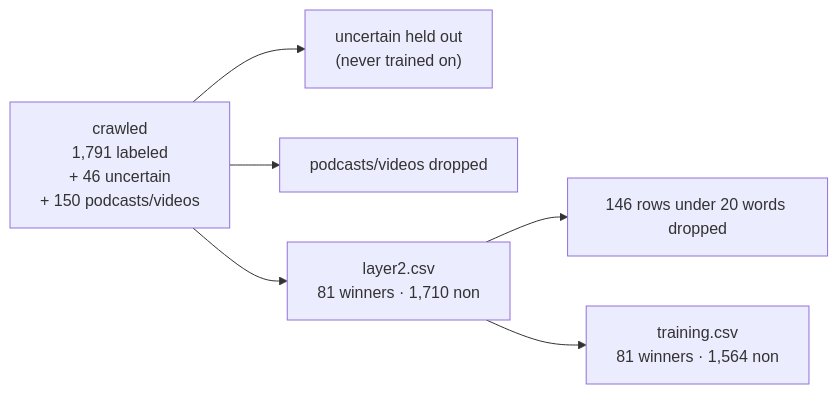
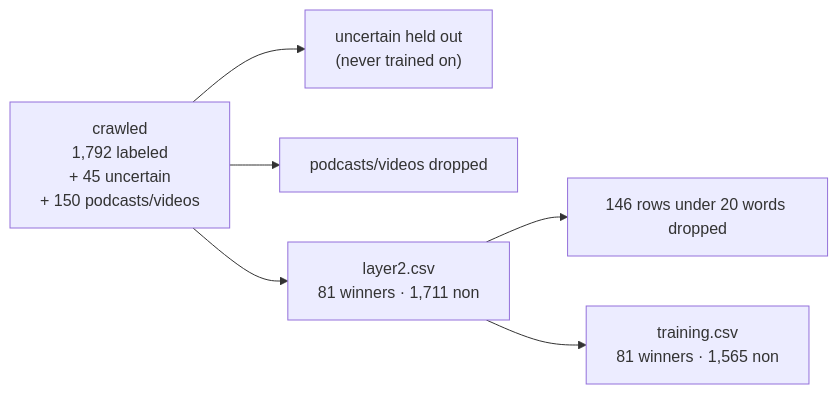
The fifth of 6 diagrams in README.md (jasqnlu/Best-of-sno-llm-advisor), drawn with Mermaid before and after one commit. The commit also changed other lines of this file and 6 other files, not shown here.

First line of the commit message:
fix: settle the last author-date uncertain row by hand; README roadmap update

````diff
--- a/README.md
+++ b/README.md
@@ -283,8 +285,8 @@
 ```mermaid
 flowchart LR
-    crawl["crawled<br/>1,791 labeled<br/>+ 46 uncertain<br/>+ 150 podcasts/videos"] --> held["uncertain held out<br/>(never trained on)"]
+    crawl["crawled<br/>1,792 labeled<br/>+ 45 uncertain<br/>+ 150 podcasts/videos"] --> held["uncertain held out<br/>(never trained on)"]
     crawl --> media["podcasts/videos dropped"]
-    crawl --> l2["layer2.csv<br/>81 winners · 1,710 non"]
+    crawl --> l2["layer2.csv<br/>81 winners · 1,711 non"]
     l2 --> short["146 rows under 20 words dropped"]
-    l2 --> tr["training.csv<br/>81 winners · 1,564 non"]
+    l2 --> tr["training.csv<br/>81 winners · 1,565 non"]
 ```
````
